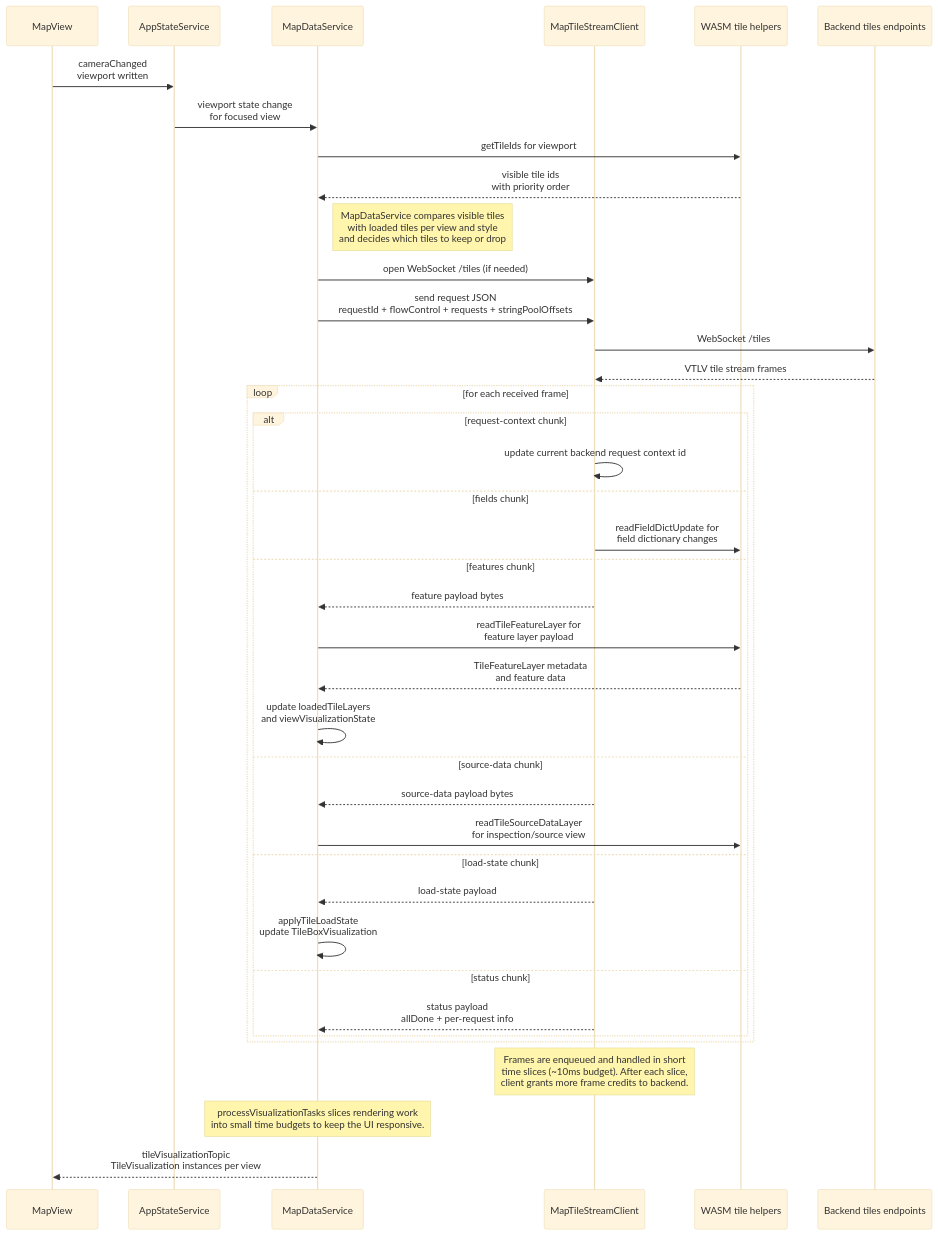
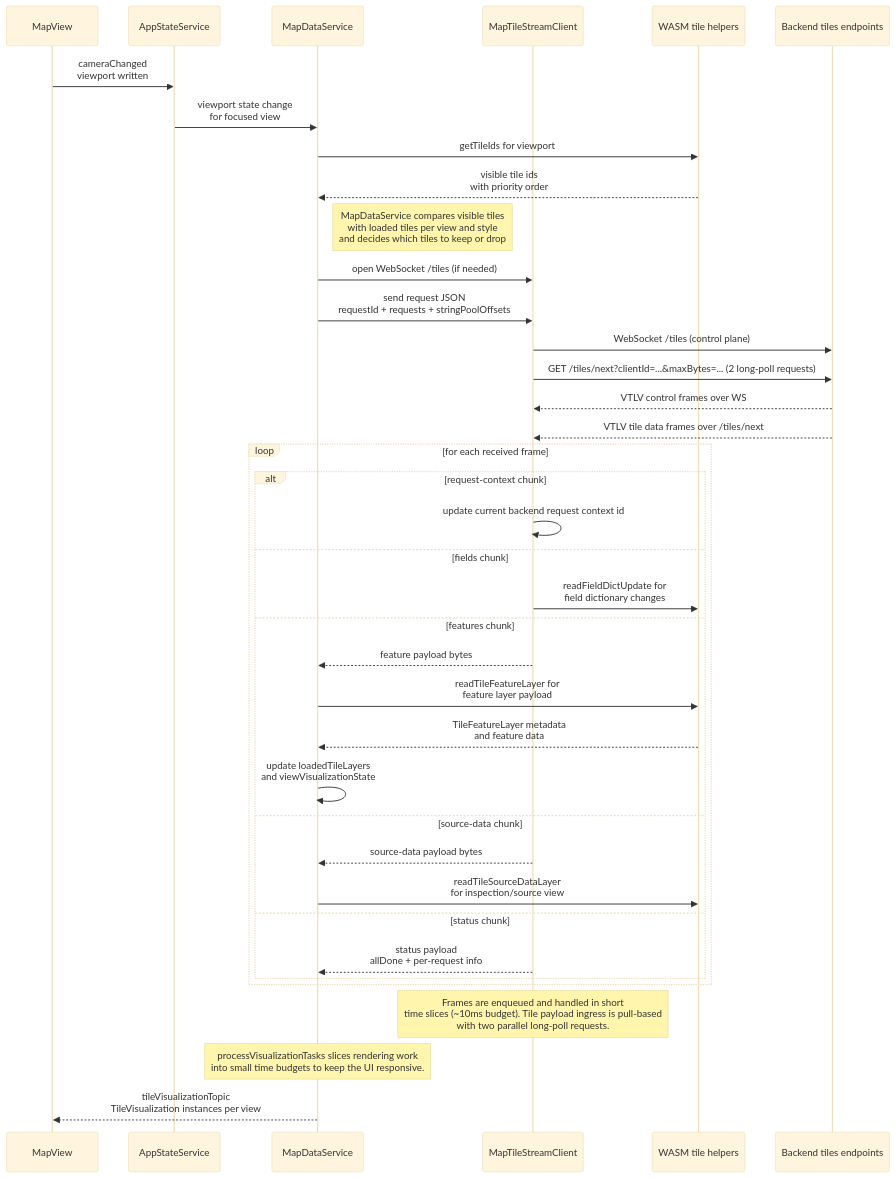
One commit to ndsev/erdblick changed the seventh of 10 diagrams in docs/erdblick-dev-guide.md. Above: the diagram before and after it, drawn with Mermaid (base theme). The commit also changed other lines of this file and 9 other files, not shown here.

````diff
--- a/docs/erdblick-dev-guide.md
+++ b/docs/erdblick-dev-guide.md
@@ -296,47 +296,46 @@
 ```mermaid
 sequenceDiagram
   participant View as MapView
   participant State as AppStateService
   participant MapSvc as MapDataService
   participant TilesWS as MapTileStreamClient
   participant Core as WASM tile helpers
   participant Backend as Backend tiles endpoints
 
   View->>State: cameraChanged<br>viewport written
   State->>MapSvc: viewport state change<br>for focused view
   MapSvc->>Core: getTileIds for viewport
   Core-->>MapSvc: visible tile ids<br>with priority order
 
   Note right of MapSvc: MapDataService compares visible tiles<br>with loaded tiles per view and style<br>and decides which tiles to keep or drop
 
   MapSvc->>TilesWS: open WebSocket /tiles (if needed)
-  MapSvc->>TilesWS: send request JSON<br>requestId + flowControl + requests + stringPoolOffsets
-  TilesWS->>Backend: WebSocket /tiles
-  Backend-->>TilesWS: VTLV tile stream frames
+  MapSvc->>TilesWS: send request JSON<br>requestId + requests + stringPoolOffsets
+  TilesWS->>Backend: WebSocket /tiles (control plane)
+  TilesWS->>Backend: GET /tiles/next?clientId=...&maxBytes=... (2 long-poll requests)
+  Backend-->>TilesWS: VTLV control frames over WS
+  Backend-->>TilesWS: VTLV tile data frames over /tiles/next
 
   loop for each received frame
     alt request-context chunk
       TilesWS->>TilesWS: update current backend request context id
     else fields chunk
       TilesWS->>Core: readFieldDictUpdate for<br>field dictionary changes
     else features chunk
       TilesWS-->>MapSvc: feature payload bytes
       MapSvc->>Core: readTileFeatureLayer for<br>feature layer payload
       Core-->>MapSvc: TileFeatureLayer metadata<br>and feature data
       MapSvc->>MapSvc: update loadedTileLayers<br>and viewVisualizationState
     else source-data chunk
       TilesWS-->>MapSvc: source-data payload bytes
       MapSvc->>Core: readTileSourceDataLayer<br>for inspection/source view
-    else load-state chunk
-      TilesWS-->>MapSvc: load-state payload
-      MapSvc->>MapSvc: applyTileLoadState<br>update TileBoxVisualization
     else status chunk
       TilesWS-->>MapSvc: status payload<br>allDone + per-request info
     end
   end
 
-  Note over TilesWS: Frames are enqueued and handled in short<br>time slices (~10ms budget). After each slice,<br>client grants more frame credits to backend.
+  Note over TilesWS: Frames are enqueued and handled in short<br>time slices (~10ms budget). Tile payload ingress is pull-based<br>with two parallel long-poll requests.
   Note over MapSvc: processVisualizationTasks slices rendering work<br>into small time budgets to keep the UI responsive.
 
   MapSvc-->>View: tileVisualizationTopic<br>TileVisualization instances per view
 ```
````
